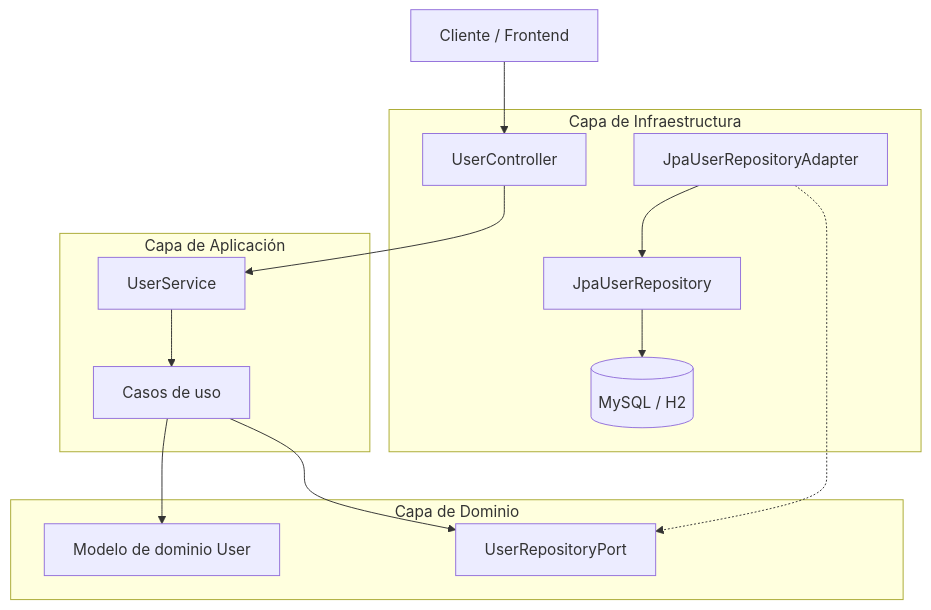
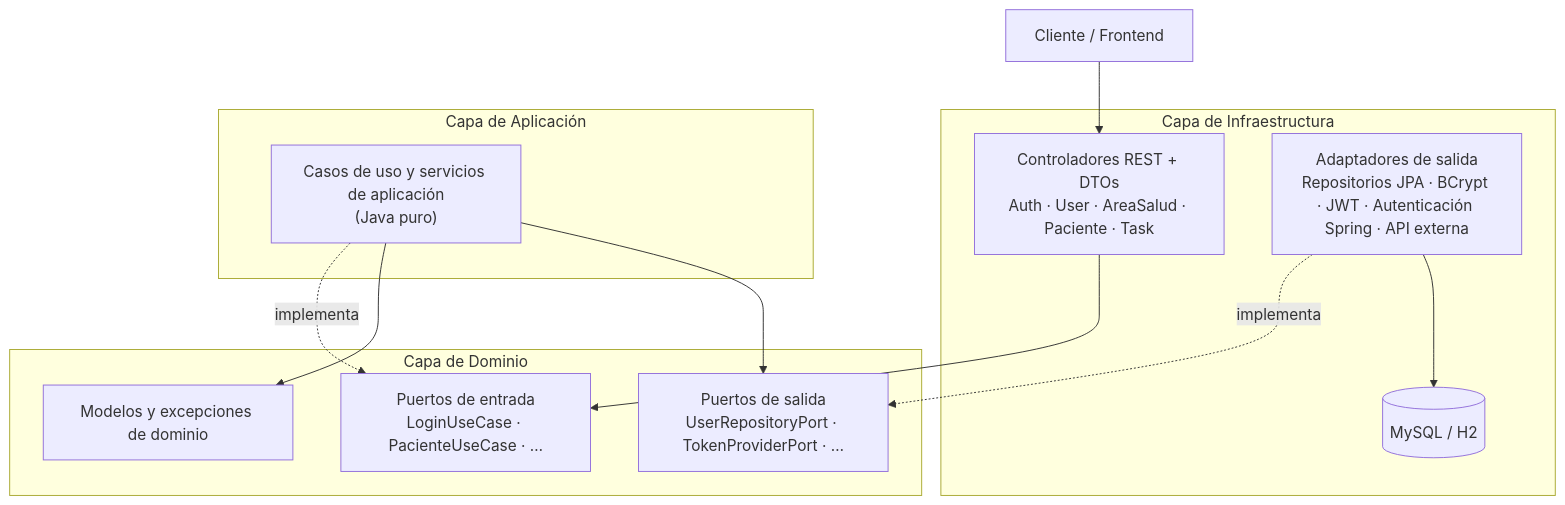
One commit to josuexpositoacosta/oropouche changed the second of 2 diagrams in README.md. Above: the diagram before and after it, drawn with Mermaid. The commit also changed other lines of this file, not shown here.

````diff
--- a/README.md
+++ b/README.md
@@ -148,30 +182,28 @@
 ```mermaid
 flowchart TB
     CLIENT["Cliente / Frontend"]
 
     subgraph INFRA["Capa de Infraestructura"]
-        CTRL["UserController"]
-        ADAPTER["JpaUserRepositoryAdapter"]
-        JPA["JpaUserRepository"]
+        CTRL["Controladores REST + DTOs<br/>Auth · User · AreaSalud · Paciente · Task"]
+        ADAPTERS["Adaptadores de salida<br/>Repositorios JPA · BCrypt · JWT · Autenticación Spring · API externa"]
         DB[("MySQL / H2")]
     end
 
     subgraph APP["Capa de Aplicación"]
-        SERVICE["UserService"]
-        USECASE["Casos de uso"]
+        USECASE["Casos de uso y servicios de aplicación<br/>(Java puro)"]
     end
 
     subgraph DOMAIN["Capa de Dominio"]
-        MODEL["Modelo de dominio User"]
-        PORT["UserRepositoryPort"]
+        IN["Puertos de entrada<br/>LoginUseCase · PacienteUseCase · …"]
+        MODEL["Modelos y excepciones de dominio"]
+        OUT["Puertos de salida<br/>UserRepositoryPort · TokenProviderPort · …"]
     end
 
     CLIENT --> CTRL
-    CTRL --> SERVICE
-    SERVICE --> USECASE
+    CTRL --> IN
+    USECASE -.implementa.-> IN
     USECASE --> MODEL
-    USECASE --> PORT
-    ADAPTER -.-> PORT
-    ADAPTER --> JPA
-    JPA --> DB
+    USECASE --> OUT
+    ADAPTERS -.implementa.-> OUT
+    ADAPTERS --> DB
 ```
````
